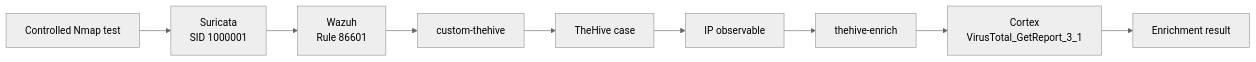
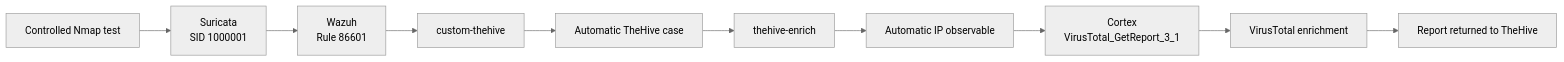
One commit to MN-young/security-engineering-mentorship-labs changed the diagram in week-03-wazuh-thehive-cortex-case-management/README.md. Above: the diagram before and after it, drawn with Mermaid (neutral theme). The commit also changed other lines of this file, not shown here.

First line of the commit message:
docs: finalize Week 3 VirusTotal validation

````diff
--- a/week-03-wazuh-thehive-cortex-case-management/README.md
+++ b/week-03-wazuh-thehive-cortex-case-management/README.md
@@ -54,11 +56,12 @@
 ```mermaid
 flowchart LR
     A["Controlled Nmap test"] --> B["Suricata<br/>SID 1000001"]
     B --> C["Wazuh<br/>Rule 86601"]
     C --> D["custom-thehive"]
-    D --> E["TheHive case"]
-    E --> F["IP observable"]
-    F --> G["thehive-enrich"]
+    D --> E["Automatic TheHive case"]
+    E --> F["thehive-enrich"]
+    F --> G["Automatic IP observable"]
     G --> H["Cortex<br/>VirusTotal_GetReport_3_1"]
-    H --> I["Enrichment result"]
+    H --> I["VirusTotal enrichment"]
+    I --> J["Report returned to TheHive"]
 ```
````
